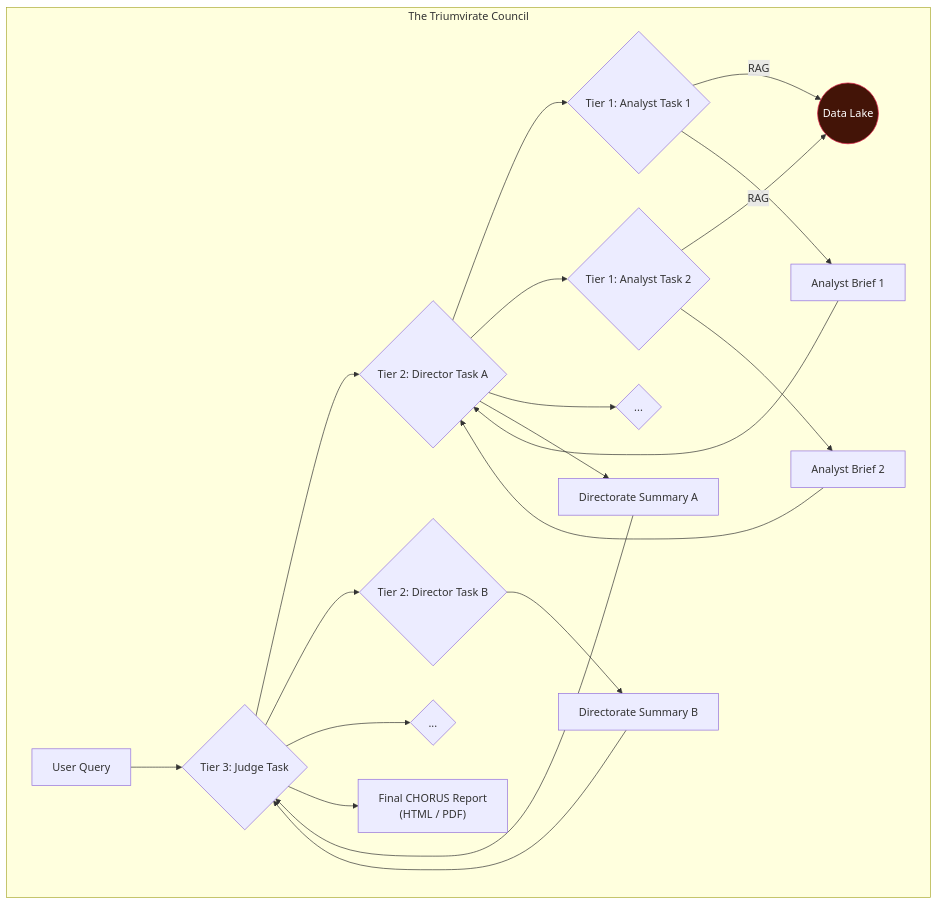
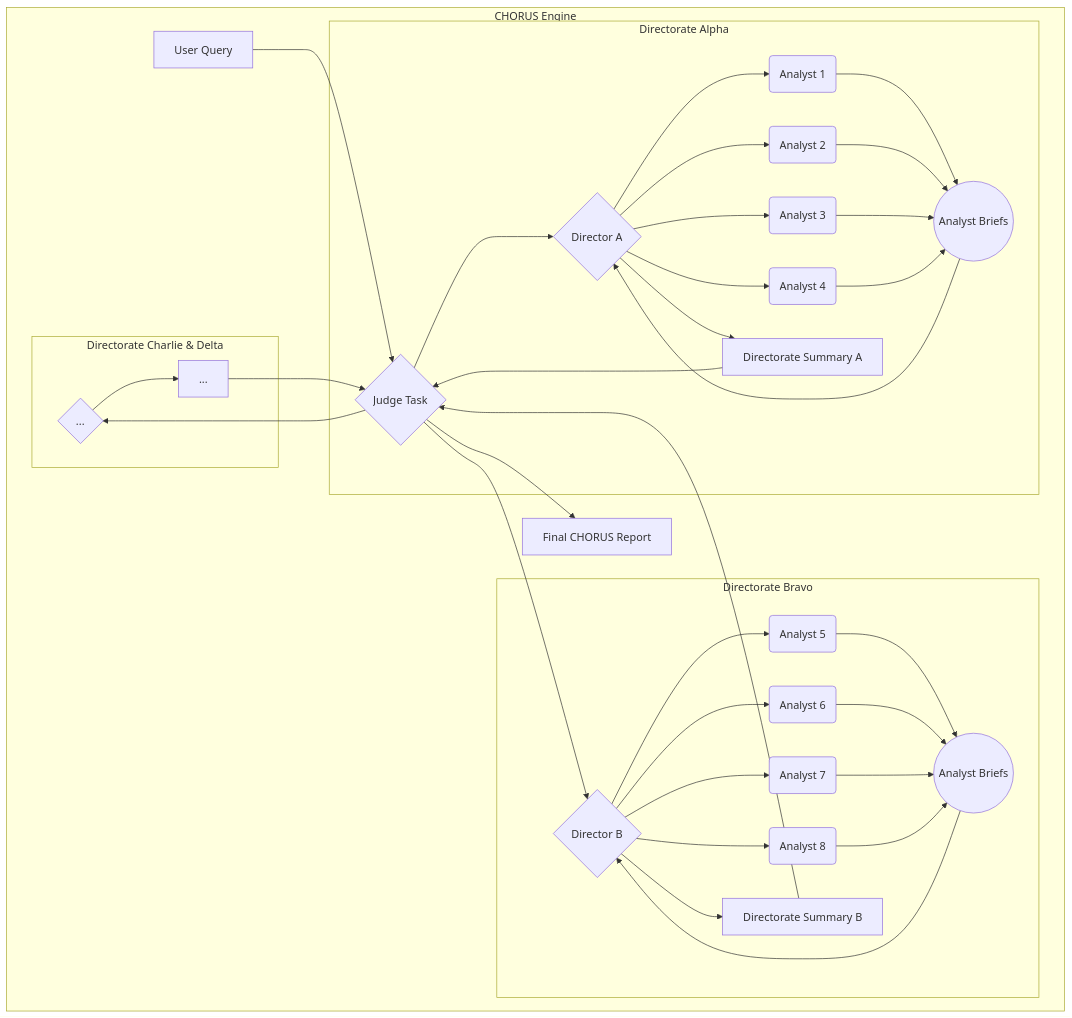
The diagram in docs/00_MISSION_CHARTER.md (emergentcomplex/CHORUS), drawn with Mermaid before and after one commit. The commit also changed other lines of this file, not shown here.

````diff
--- a/docs/00_MISSION_CHARTER.md
+++ b/docs/00_MISSION_CHARTER.md
@@ -74,32 +68,31 @@
 ```mermaid
 graph TD
-    subgraph "The Triumvirate Council"
-        A[User Query] --> B{Tier 3: Judge Task};
-        B --> C1{Tier 2: Director Task A};
-        B --> C2{Tier 2: Director Task B};
-        B --> C3{...};
+    subgraph "CHORUS Engine"
+        A[User Query] --> J{Judge Task};
 
-        C1 --> D1{Tier 1: Analyst Task 1};
-        C1 --> D2{Tier 1: Analyst Task 2};
-        C1 --> D3{...};
+        subgraph "Directorate Alpha"
+            J --> D1{Director A};
+            D1 --> AN1(Analyst 1); D1 --> AN2(Analyst 2); D1 --> AN3(Analyst 3); D1 --> AN4(Analyst 4);
+            AN1 & AN2 & AN3 & AN4 --> R1((Analyst Briefs));
+            R1 --> D1;
+            D1 --> DS1[Directorate Summary A];
+        end
 
-        D1 -- RAG --> E((Data Lake));
-        D2 -- RAG --> E;
+        subgraph "Directorate Bravo"
+            J --> D2{Director B};
+            D2 --> AN5(Analyst 5); D2 --> AN6(Analyst 6); D2 --> AN7(Analyst 7); D2 --> AN8(Analyst 8);
+            AN5 & AN6 & AN7 & AN8 --> R2((Analyst Briefs));
+            R2 --> D2;
+            D2 --> DS2[Directorate Summary B];
+        end
+        
+        subgraph "Directorate Charlie & Delta"
+            J --> D3{...};
+            D3 --> DS3[...];
+        end
 
-        D1 --> R1[Analyst Brief 1];
-        D2 --> R2[Analyst Brief 2];
+        DS1 & DS2 & DS3 --> J;
+        J --> FCR[Final CHORUS Report];
+    end
 
-        R1 --> C1;
-        R2 --> C1;
-
-        C1 --> S1[Directorate Summary A];
-        C2 --> S2[Directorate Summary B];
-
-        S1 --> B;
-        S2 --> B;
-
-        B --> F["Final CHORUS Report<br>(HTML / PDF)"];
-    end
-    
-    style E fill:#431407,stroke:#e11d48,color:#fff
 ```
````
